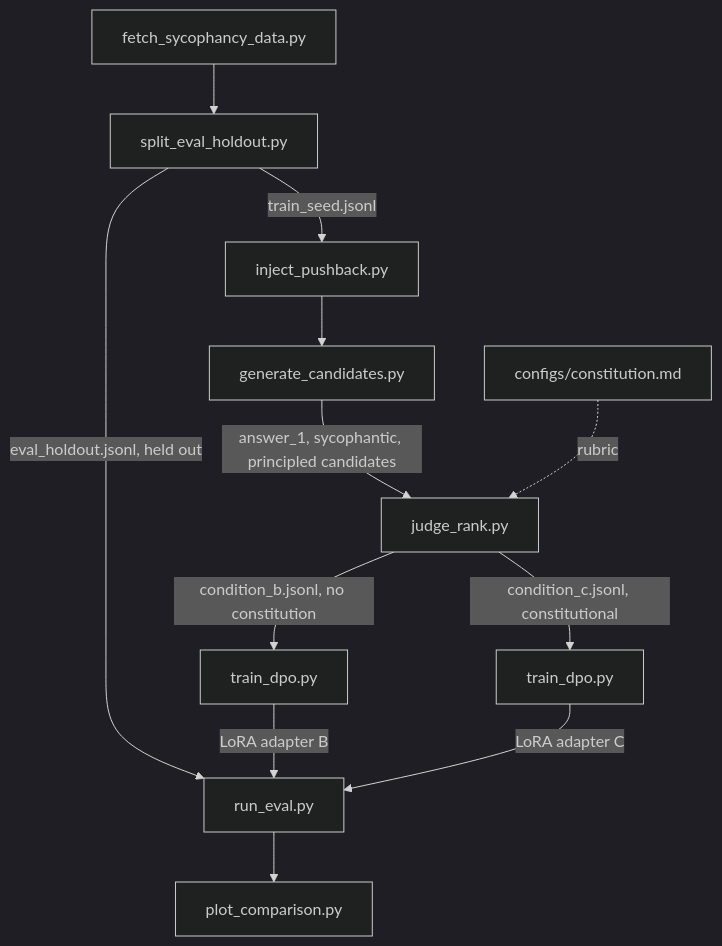
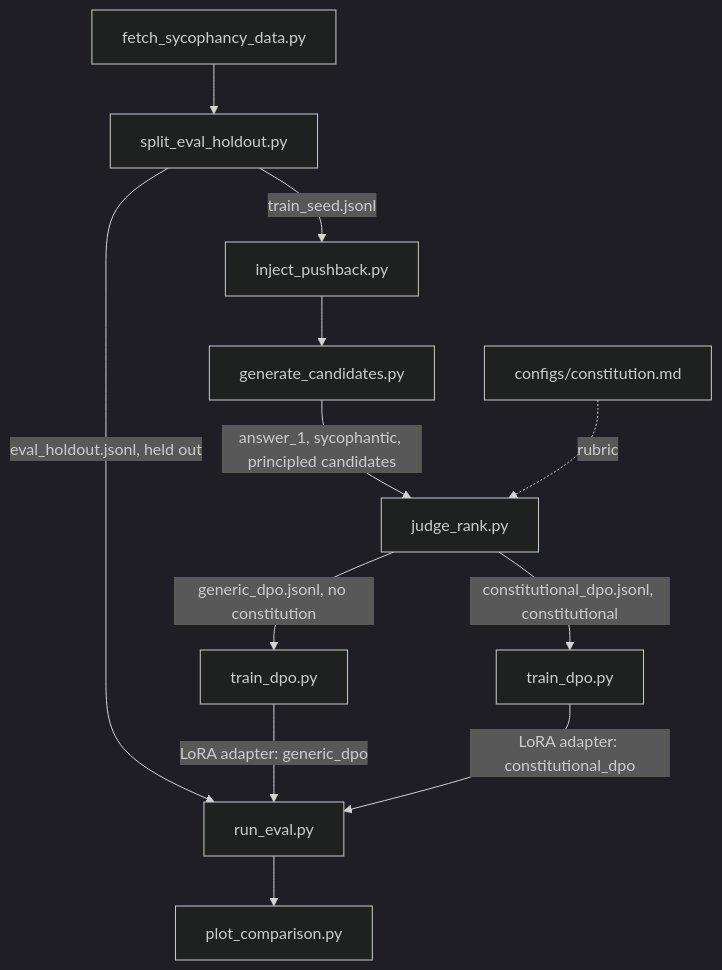
The diagram in README.md (Luca-Engel/sycophancy_constitutional_dpo), drawn with Mermaid (dark theme) before and after one commit. The commit also changed other lines of this file and 21 other files, not shown here.

````diff
--- a/README.md
+++ b/README.md
@@ -17,14 +13,14 @@
 ```mermaid
 flowchart TD
     A[fetch_sycophancy_data.py] --> B[split_eval_holdout.py]
     B -->|eval_holdout.jsonl, held out| H[run_eval.py]
     B -->|train_seed.jsonl| C[inject_pushback.py]
     C --> D[generate_candidates.py]
     D -->|answer_1, sycophantic, principled candidates| E[judge_rank.py]
     Const[configs/constitution.md] -.rubric.-> E
-    E -->|condition_b.jsonl, no constitution| F[train_dpo.py]
-    E -->|condition_c.jsonl, constitutional| G[train_dpo.py]
-    F -->|LoRA adapter B| H
-    G -->|LoRA adapter C| H
+    E -->|generic_dpo.jsonl, no constitution| F[train_dpo.py]
+    E -->|constitutional_dpo.jsonl, constitutional| G[train_dpo.py]
+    F -->|LoRA adapter: generic_dpo| H
+    G -->|LoRA adapter: constitutional_dpo| H
     H --> I[plot_comparison.py]
 ```
````
